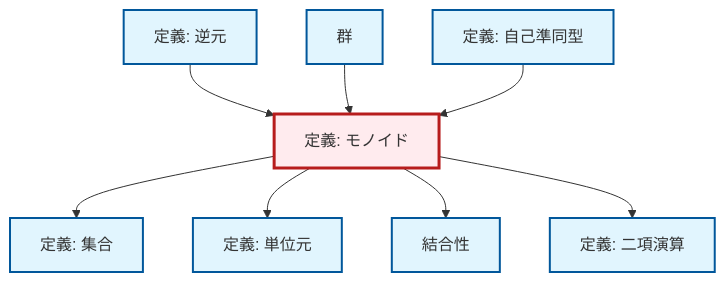
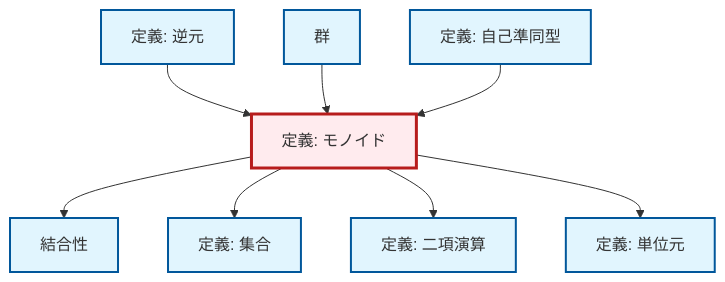
One commit to RK0429/ModernMath changed the diagram in content/ja/algebra/def-monoid.qmd. Above: the diagram before and after it, drawn with Mermaid. The commit also changed other lines of this file and 1012 other files, not shown here.

````diff
--- a/content/ja/algebra/def-monoid.qmd
+++ b/content/ja/algebra/def-monoid.qmd
@@ -82,32 +82,32 @@
 ```{mermaid}
 %%| fig-cap: "Local dependency graph"
 graph TD
     classDef definition fill:#e1f5fe,stroke:#01579b,stroke-width:2px
     classDef theorem fill:#f3e5f5,stroke:#4a148c,stroke-width:2px
     classDef axiom fill:#fff3e0,stroke:#e65100,stroke-width:2px
     classDef example fill:#e8f5e9,stroke:#1b5e20,stroke-width:2px
     classDef current fill:#ffebee,stroke:#b71c1c,stroke-width:3px
+    def-endomorphism["定義: 自己準同型"]:::definition
     def-associativity["結合性"]:::definition
-    def-set["定義: 集合"]:::definition
-    def-endomorphism["定義: 自己準同型"]:::definition
+    def-identity-element["定義: 単位元"]:::definition
     def-binary-operation["定義: 二項演算"]:::definition
     def-inverse-element["定義: 逆元"]:::definition
-    def-identity-element["定義: 単位元"]:::definition
+    def-set["定義: 集合"]:::definition
     def-monoid["定義: モノイド"]:::definition
     def-group["群"]:::definition
+    def-monoid --> def-associativity
     def-monoid --> def-set
+    def-monoid --> def-binary-operation
     def-inverse-element --> def-monoid
+    def-monoid --> def-identity-element
     def-group --> def-monoid
     def-endomorphism --> def-monoid
-    def-monoid --> def-identity-element
-    def-monoid --> def-associativity
-    def-monoid --> def-binary-operation
     class def-monoid current
+    click def-endomorphism "def-endomorphism.html" "自己準同型の定義へ"
     click def-associativity "def-associativity.html" "結合性へ"
-    click def-set "def-set.html" "集合の定義へ"
-    click def-endomorphism "def-endomorphism.html" "自己準同型の定義へ"
+    click def-identity-element "def-identity-element.html" "単位元の定義へ"
     click def-binary-operation "def-binary-operation.html" "二項演算の定義へ"
     click def-inverse-element "def-inverse-element.html" "逆元の定義へ"
-    click def-identity-element "def-identity-element.html" "単位元の定義へ"
+    click def-set "def-set.html" "集合の定義へ"
     click def-group "def-group.html" "群へ"
 ```
````
